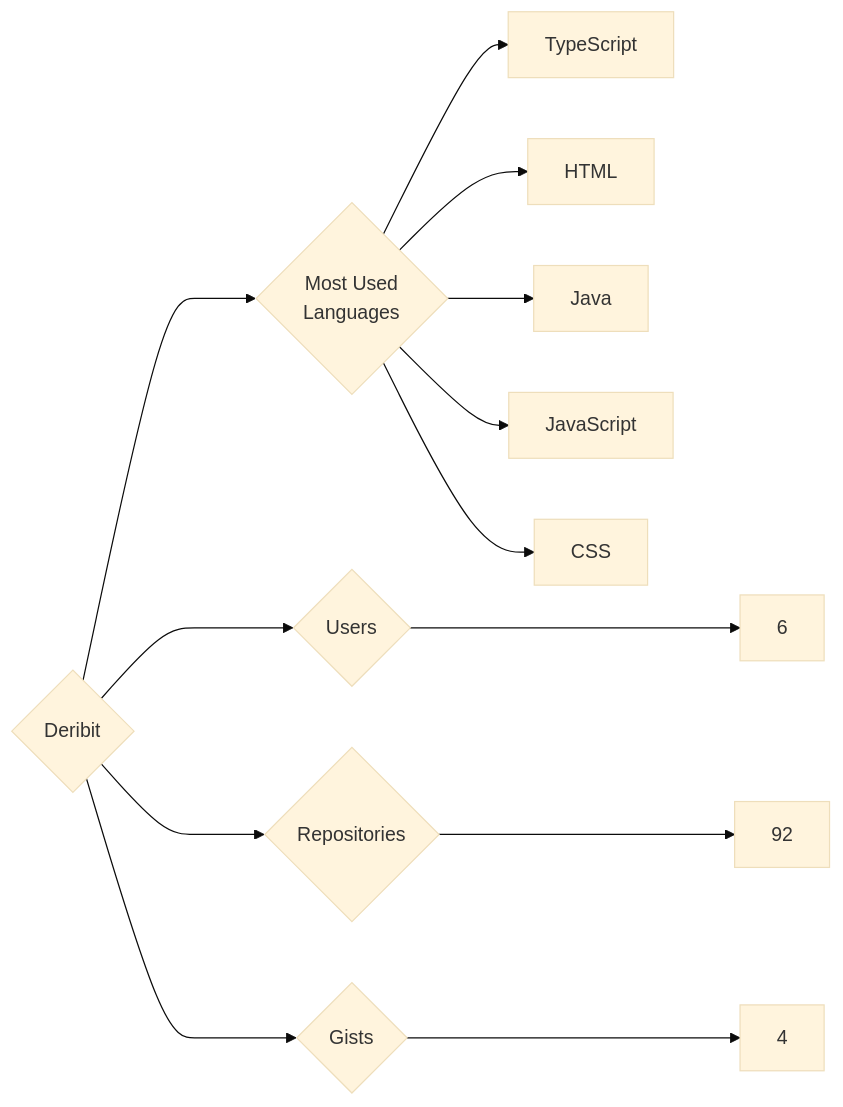
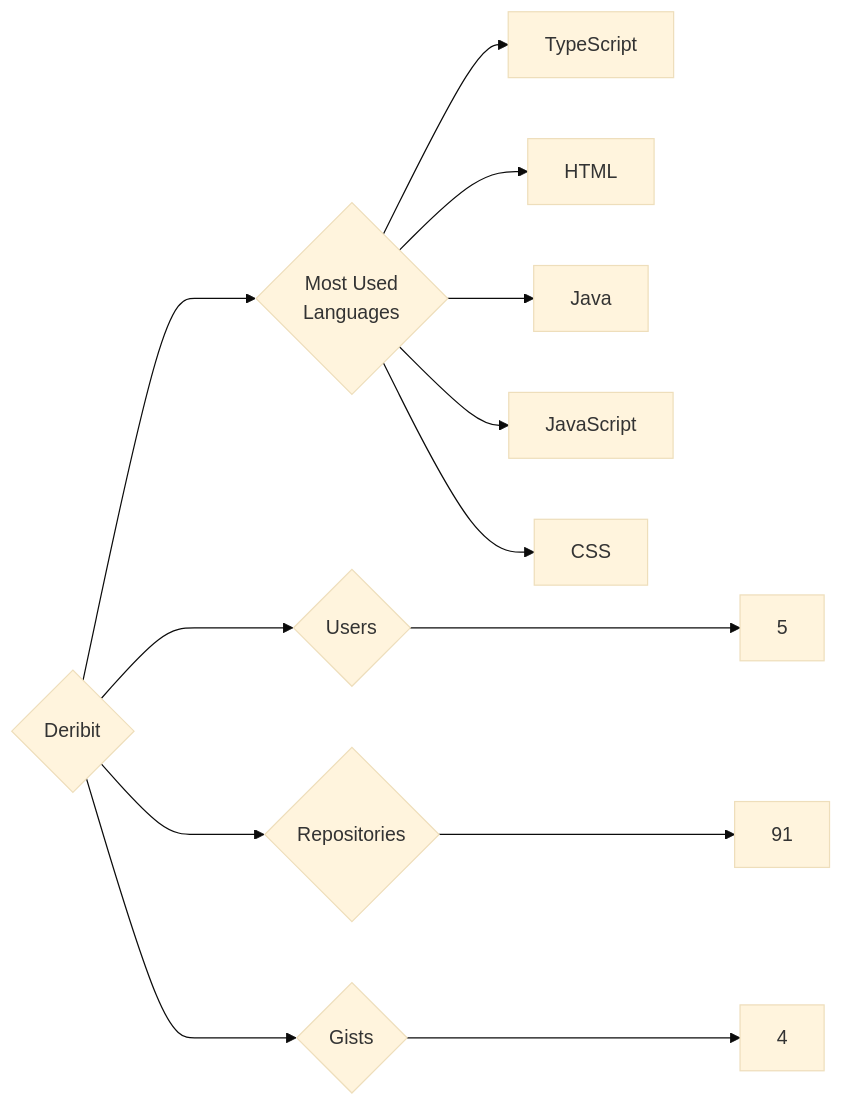
Before and after one commit to trickest/insiders: the diagram in targets/Deribit/README.md, drawn with Mermaid (base theme). The commit also changed 1023 other files, not shown here.

````diff
--- a/targets/Deribit/README.md
+++ b/targets/Deribit/README.md
@@ -3,13 +3,13 @@
 ```mermaid
 graph LR
 COMPANY_NAME{Deribit}
-COMPANY_NAME ---> U{Users} ---> UN[6]
-COMPANY_NAME ---> R{Repositories} ---> RN[92]
+COMPANY_NAME ---> U{Users} ---> UN[5]
+COMPANY_NAME ---> R{Repositories} ---> RN[91]
 COMPANY_NAME ---> G{Gists} ---> GN[4]
 COMPANY_NAME ---> ML{Most Used<br>Languages}
 ML --> TypeScript[TypeScript]
 ML --> HTML[HTML]
 ML --> Java[Java]
 ML --> JavaScript[JavaScript]
 ML --> CSS[CSS]
 ```
````
